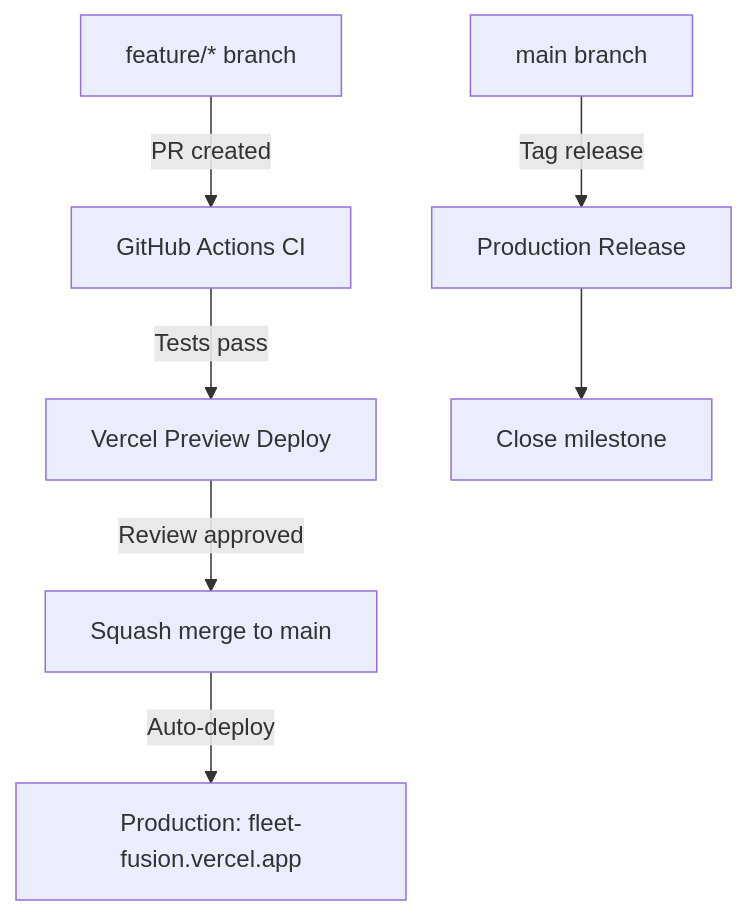
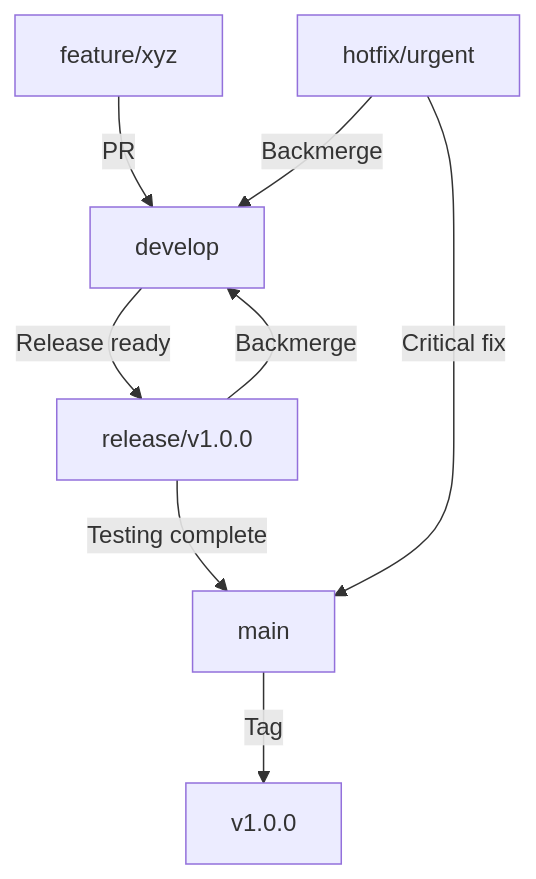
The diagram in .models/agents.md (DigitalHerencia/fleet-fussion-multi-tenant-trucking-saas), drawn with Mermaid before and after one commit. The commit also changed other lines of this file and 6 other files, not shown here.

````diff
--- a/.models/agents.md
+++ b/.models/agents.md
@@ -91,9 +77,10 @@
 ```mermaid
 graph TD
-  A[feature/* branch] -->|PR created| B[GitHub Actions CI]
-  B -->|Tests pass| C[Vercel Preview Deploy]
-  C -->|Review approved| D[Squash merge to main]
-  D -->|Auto-deploy| E[Production: fleet-fusion.vercel.app]
-  F[main branch] -->|Tag release| G[Production Release]
-  G --> H[Close milestone]
+  A[feature/xyz] -->|PR| B[develop]
+  B -->|Release ready| C[release/v1.0.0]
+  C -->|Testing complete| D[main]
+  C -->|Backmerge| B
+  E[hotfix/urgent] -->|Critical fix| D
+  E -->|Backmerge| B
+  D -->|Tag| F[v1.0.0]
 ```
````
